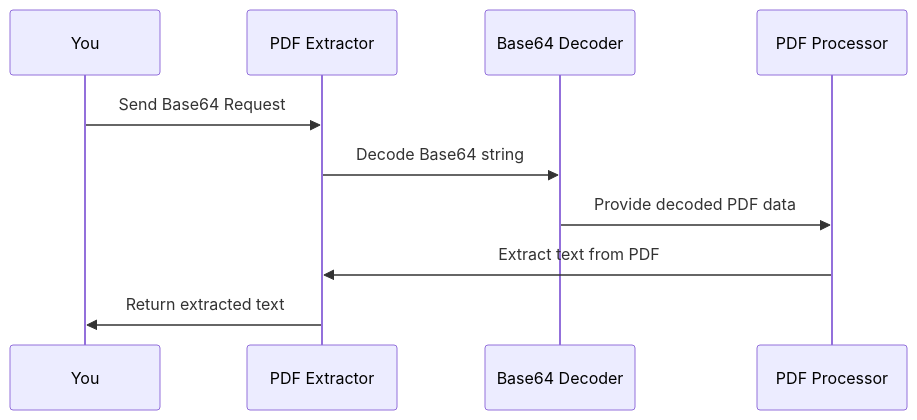
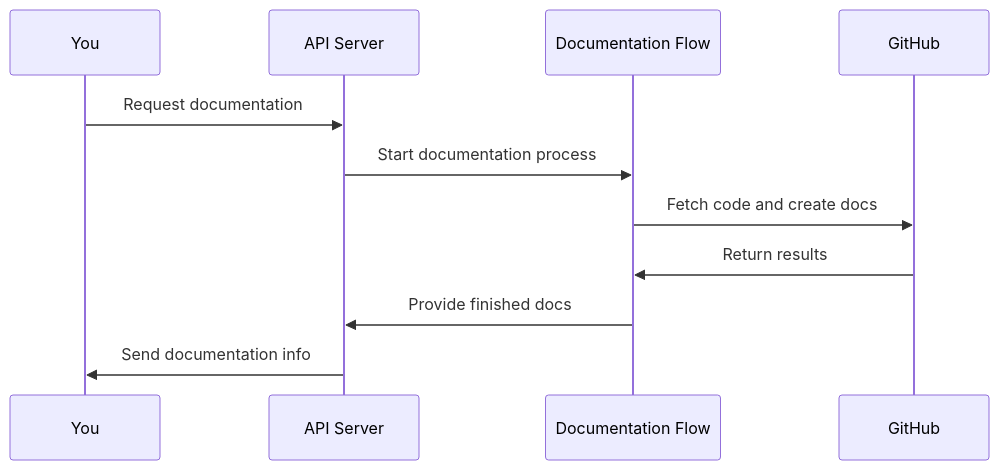
Before and after one commit to dygavieta/NewRepo: the third of 9 diagrams in README.md, drawn with Mermaid. The commit also changed other lines of this file, not shown here.

````diff
--- a/README.md
+++ b/README.md
@@ -188,12 +184,13 @@
 ```mermaid
 sequenceDiagram
-    participant You
-    participant App as PDF Extractor
-    participant Decoder as Base64 Decoder
-    participant PDFBox as PDF Processor
-    You->>App: Send Base64 Request
-    App->>Decoder: Decode Base64 string
-    Decoder->>PDFBox: Provide decoded PDF data
-    PDFBox->>App: Extract text from PDF
-    App->>You: Return extracted text
+    participant User as You
+    participant API as API Server
+    participant DF as Documentation Flow
+    participant GH as GitHub
+    User->>API: Request documentation
+    API->>DF: Start documentation process
+    DF->>GH: Fetch code and create docs
+    GH->>DF: Return results
+    DF->>API: Provide finished docs
+    API->>User: Send documentation info
 ```
````
